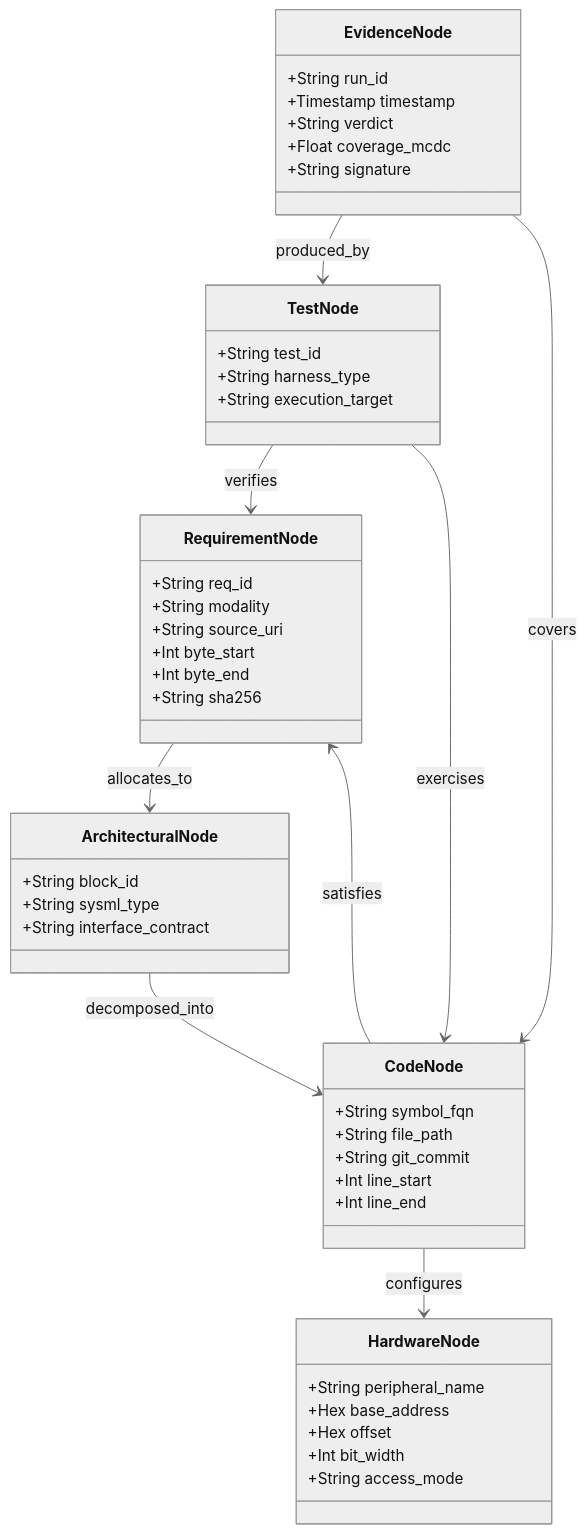
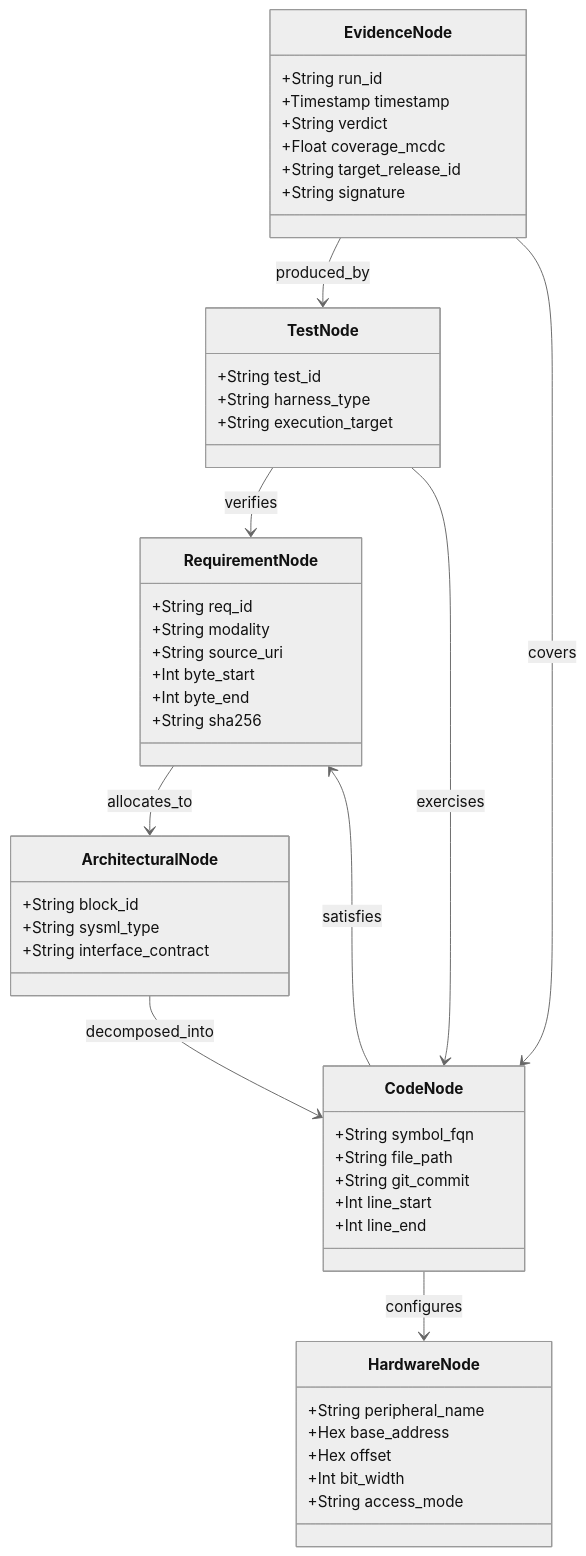
The second of 8 diagrams in ExpertSystem/ch09-engineering-knowledge-graph-traceability.md (nick-fedchik/articles), drawn with Mermaid (neutral theme) before and after one commit. The commit also changed other lines of this file and 193 other files, not shown here.

````diff
--- a/ExpertSystem/ch09-engineering-knowledge-graph-traceability.md
+++ b/ExpertSystem/ch09-engineering-knowledge-graph-traceability.md
@@ -109,54 +109,55 @@
 ```mermaid
 classDiagram
     accTitle: Схема класів інженерного графа знань
     accDescr: Вузли вимоги, архітектури, коду, апаратури, тесту й свідчення з атрибутами та типізованими зв'язками між ними.
 
     class RequirementNode {
         +String req_id
         +String modality
         +String source_uri
         +Int byte_start
         +Int byte_end
         +String sha256
     }
     class ArchitecturalNode {
         +String block_id
         +String sysml_type
         +String interface_contract
     }
     class CodeNode {
         +String symbol_fqn
         +String file_path
         +String git_commit
         +Int line_start
         +Int line_end
     }
     class HardwareNode {
         +String peripheral_name
         +Hex base_address
         +Hex offset
         +Int bit_width
         +String access_mode
     }
     class TestNode {
         +String test_id
         +String harness_type
         +String execution_target
     }
     class EvidenceNode {
         +String run_id
         +Timestamp timestamp
         +String verdict
         +Float coverage_mcdc
+        +String target_release_id
         +String signature
     }
 
     RequirementNode --> ArchitecturalNode : allocates_to
     ArchitecturalNode --> CodeNode : decomposed_into
     CodeNode --> RequirementNode : satisfies
     CodeNode --> HardwareNode : configures
     TestNode --> RequirementNode : verifies
     TestNode --> CodeNode : exercises
     EvidenceNode --> TestNode : produced_by
     EvidenceNode --> CodeNode : covers
 ```
````
